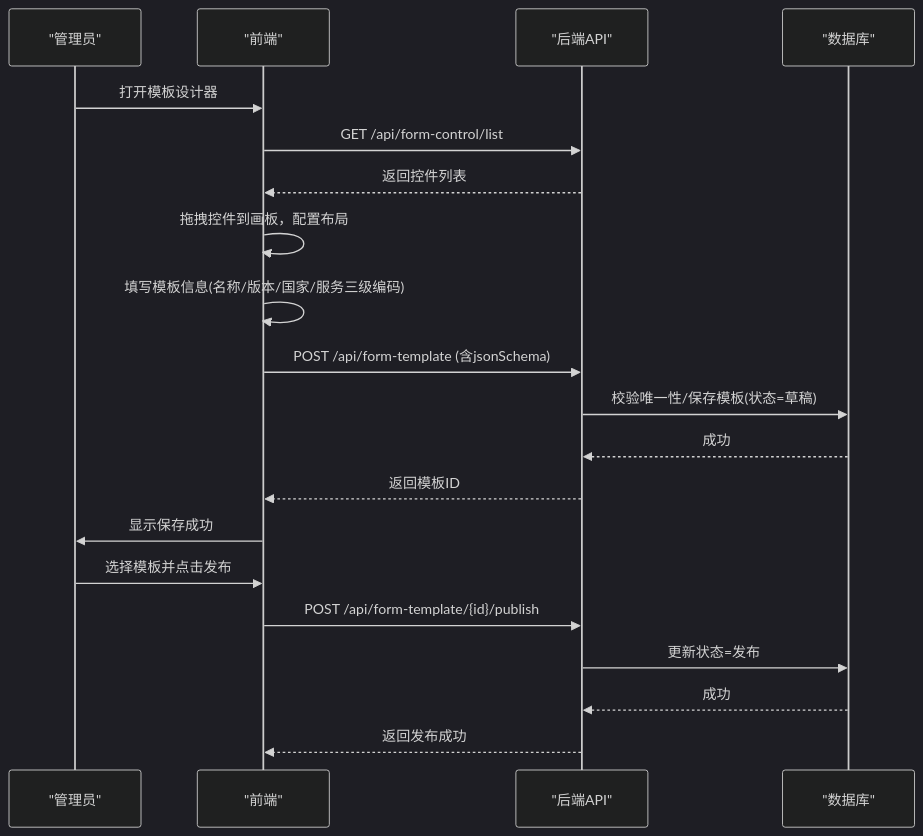
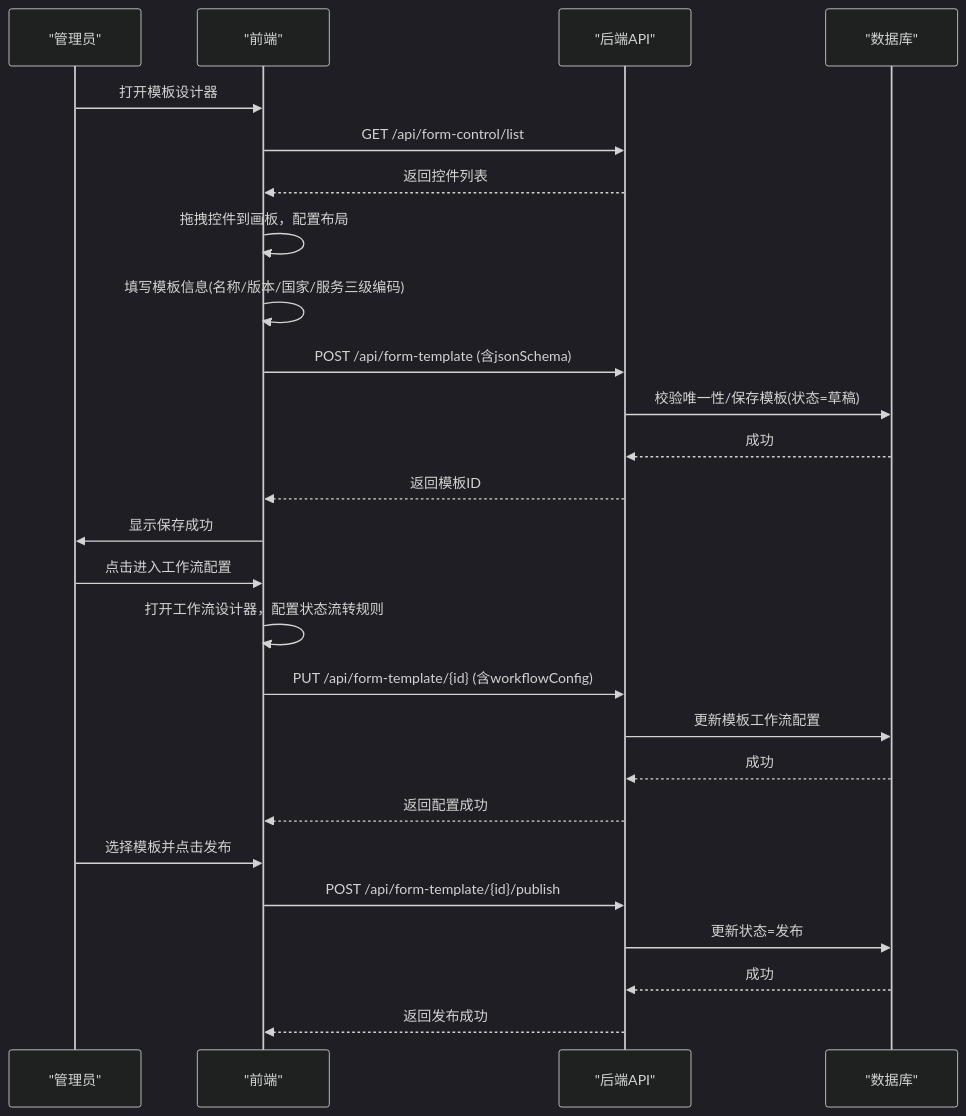
The second of 5 diagrams in .qoder/repowiki/zh/content/API接口文档/服务单模板API.md (NJMrLi/genetics), drawn with Mermaid (dark theme) before and after one commit. The commit also changed other lines of this file and 21 other files, not shown here.

````diff
--- a/.qoder/repowiki/zh/content/API接口文档/服务单模板API.md
+++ b/.qoder/repowiki/zh/content/API接口文档/服务单模板API.md
@@ -86,22 +105,28 @@
 ```mermaid
 sequenceDiagram
 participant Admin as "管理员"
 participant FE as "前端"
 participant API as "后端API"
 participant DB as "数据库"
 Admin->>FE : 打开模板设计器
 FE->>API : GET /api/form-control/list
 API-->>FE : 返回控件列表
 FE->>FE : 拖拽控件到画板，配置布局
 FE->>FE : 填写模板信息(名称/版本/国家/服务三级编码)
 FE->>API : POST /api/form-template (含jsonSchema)
 API->>DB : 校验唯一性/保存模板(状态=草稿)
 DB-->>API : 成功
 API-->>FE : 返回模板ID
 FE->>Admin : 显示保存成功
+Admin->>FE : 点击进入工作流配置
+FE->>FE : 打开工作流设计器，配置状态流转规则
+FE->>API : PUT /api/form-template/{id} (含workflowConfig)
+API->>DB : 更新模板工作流配置
+DB-->>API : 成功
+API-->>FE : 返回配置成功
 Admin->>FE : 选择模板并点击发布
 FE->>API : POST /api/form-template/{id}/publish
 API->>DB : 更新状态=发布
 DB-->>API : 成功
 API-->>FE : 返回发布成功
 ```
````
